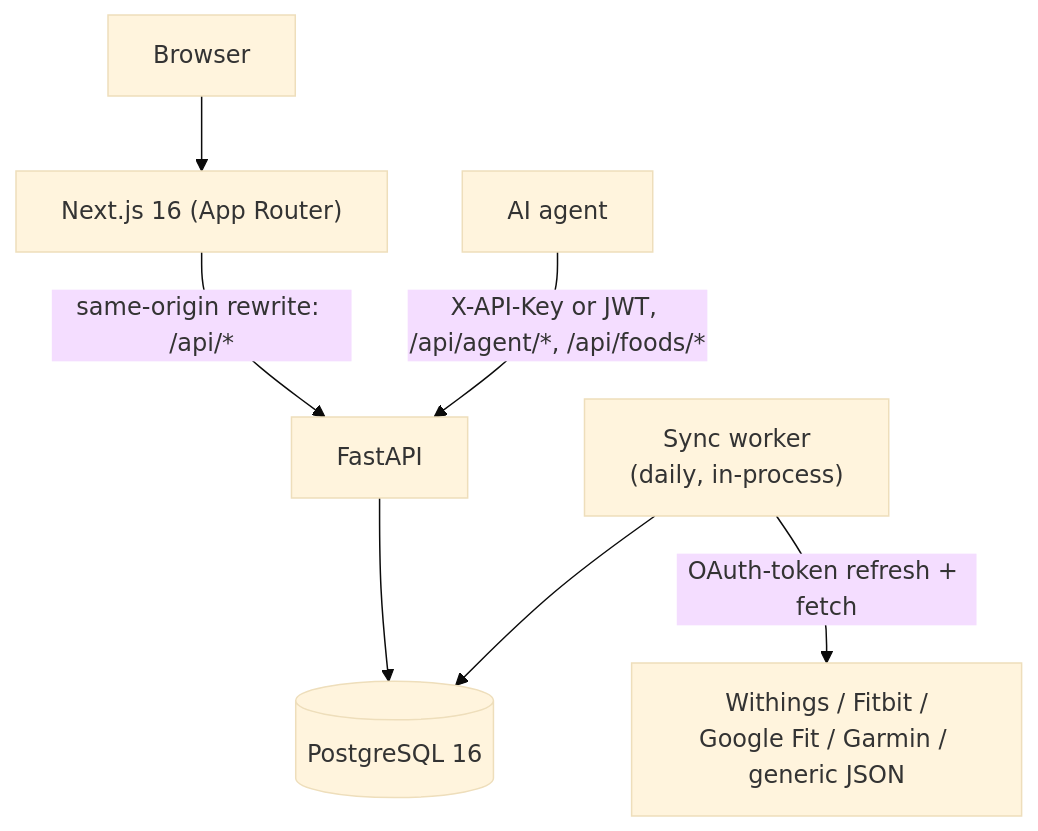
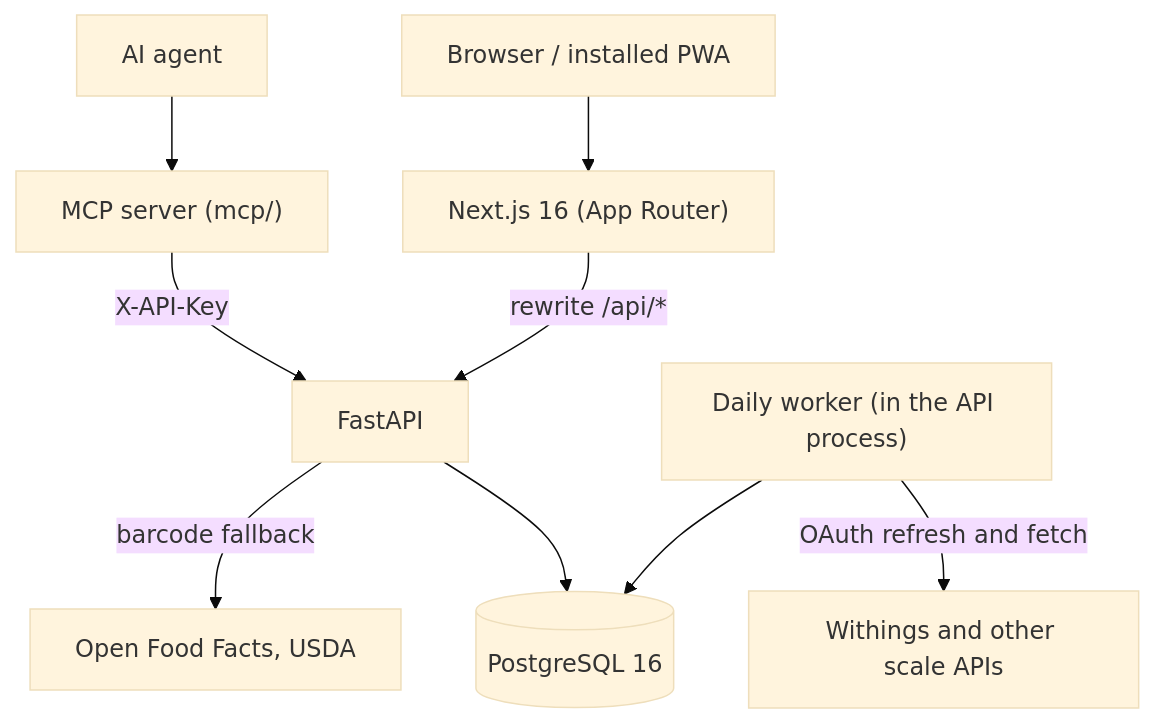
One commit to Pineacles/nutripilot changed the diagram in README.md. Above: the diagram before and after it, drawn with Mermaid (base theme). The commit also changed other lines of this file and 9 other files, not shown here.

Commit message:
Refresh README, add architecture doc, retake screenshots from the demo account

````diff
--- a/README.md
+++ b/README.md
@@ -69,11 +58,11 @@
 ```mermaid
 graph TD
-    Browser["Browser"] --> NextJS["Next.js 16 (App Router)"]
-    NextJS -->|same-origin rewrite: /api/*| API["FastAPI"]
-    API --> DB[(PostgreSQL 16)]
-
-    SyncWorker["Sync worker\n(daily, in-process)"] -->|OAuth-token refresh + fetch| Scales["Withings / Fitbit /\nGoogle Fit / Garmin / generic JSON"]
-    SyncWorker --> DB
-
-    Agent["AI agent"] -->|X-API-Key or JWT, /api/agent/*, /api/foods/*| API
+    Browser["Browser / installed PWA"] --> Web["Next.js 16 (App Router)"]
+    Web -->|"rewrite /api/*"| API["FastAPI"]
+    Agent["AI agent"] --> MCP["MCP server (mcp/)"]
+    MCP -->|"X-API-Key"| API
+    API --> DB[("PostgreSQL 16")]
+    API -->|"barcode fallback"| Ext["Open Food Facts, USDA"]
+    Worker["Daily worker (in the API process)"] -->|"OAuth refresh and fetch"| Scales["Withings and other scale APIs"]
+    Worker --> DB
 ```
````
